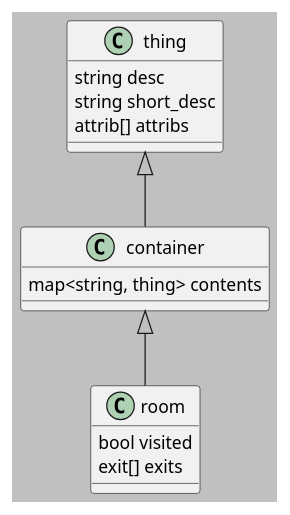
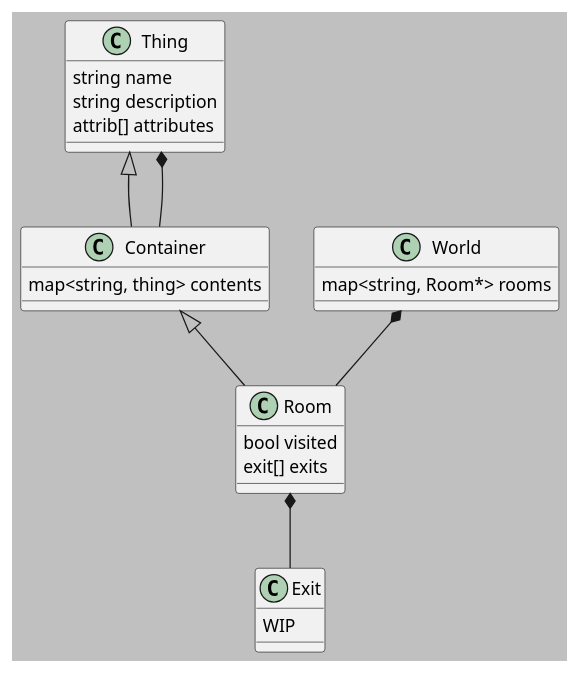
The diagram in DEV/puml_src/things.puml (jinnturtle/ifinterp_experiments), drawn with PlantUML before and after one commit. The commit also changed 6 other files, not shown here.

```diff
--- a/DEV/puml_src/things.puml
+++ b/DEV/puml_src/things.puml
@@ -1,24 +1,37 @@
 @startuml
 
 skinparam backgroundColor #c0c0c0
 
-class thing {
-        string desc
-        string short_desc
-        attrib[] attribs
+class Thing {
+        string name
+        string description
+        attrib[] attributes
 }
 
-class container {
+class Container {
         map<string, thing> contents
 }
 
-class room {
+class Room {
         bool visited
         exit[] exits
 }
 
-thing <|-- container
-container <|-- room
+Thing <|-- Container
+Thing *-- Container
+Container <|-- Room
+Room *-- Exit
+
+class World {
+        map<string, Room*> rooms
+
+}
+
+World *-- Room
+
+class Exit {
+        WIP
+}
 
 
 @enduml
```
